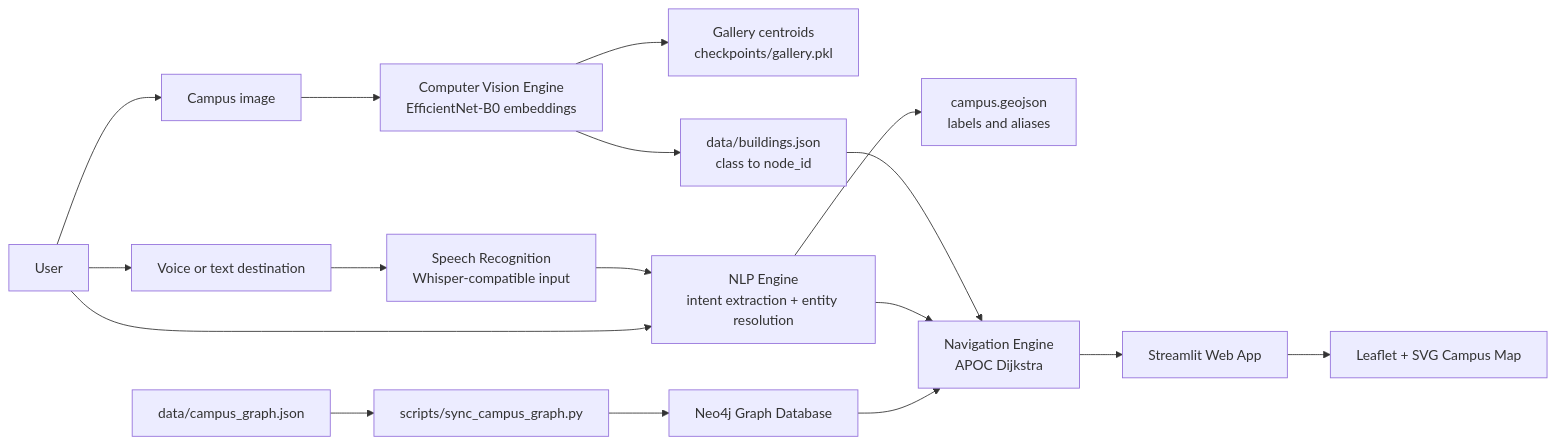
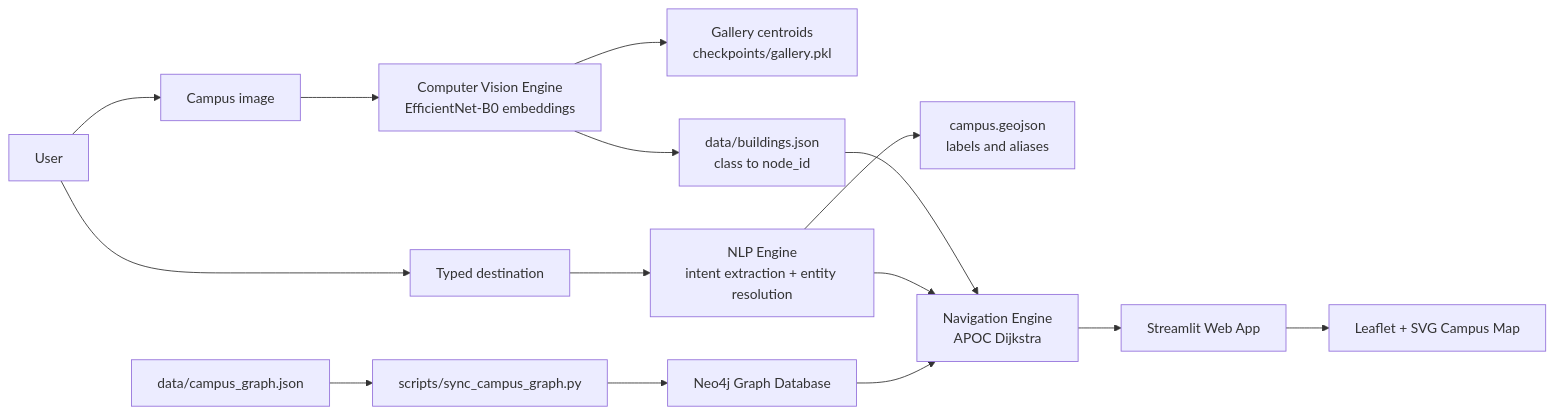
Before and after one commit to ydtrxh/ENSAM-Smart-Navigation: the first of 4 diagrams in README.md, drawn with Mermaid. The commit also changed other lines of this file, not shown here.

First line of the commit message:
Update README to remove speech recognition references

````diff
--- a/README.md
+++ b/README.md
@@ -50,35 +48,33 @@
 ```mermaid
 flowchart LR
     User["User"]
     Image["Campus image"]
-    Voice["Voice or text destination"]
+    Text["Typed destination"]
 
     CV["Computer Vision Engine<br/>EfficientNet-B0 embeddings"]
     Gallery["Gallery centroids<br/>checkpoints/gallery.pkl"]
     Buildings["data/buildings.json<br/>class to node_id"]
 
-    Whisper["Speech Recognition<br/>Whisper-compatible input"]
     NLP["NLP Engine<br/>intent extraction + entity resolution"]
     GeoJSON["campus.geojson<br/>labels and aliases"]
 
     GraphJSON["data/campus_graph.json"]
     Sync["scripts/sync_campus_graph.py"]
     Neo4j["Neo4j Graph Database"]
     Routing["Navigation Engine<br/>APOC Dijkstra"]
 
     UI["Streamlit Web App"]
     Map["Leaflet + SVG Campus Map"]
 
     User --> Image --> CV
     CV --> Gallery
     CV --> Buildings
     Buildings --> Routing
 
-    User --> Voice --> Whisper --> NLP
-    User --> NLP
+    User --> Text --> NLP
     NLP --> GeoJSON
     NLP --> Routing
 
     GraphJSON --> Sync --> Neo4j --> Routing
     Routing --> UI --> Map
 ```
````
